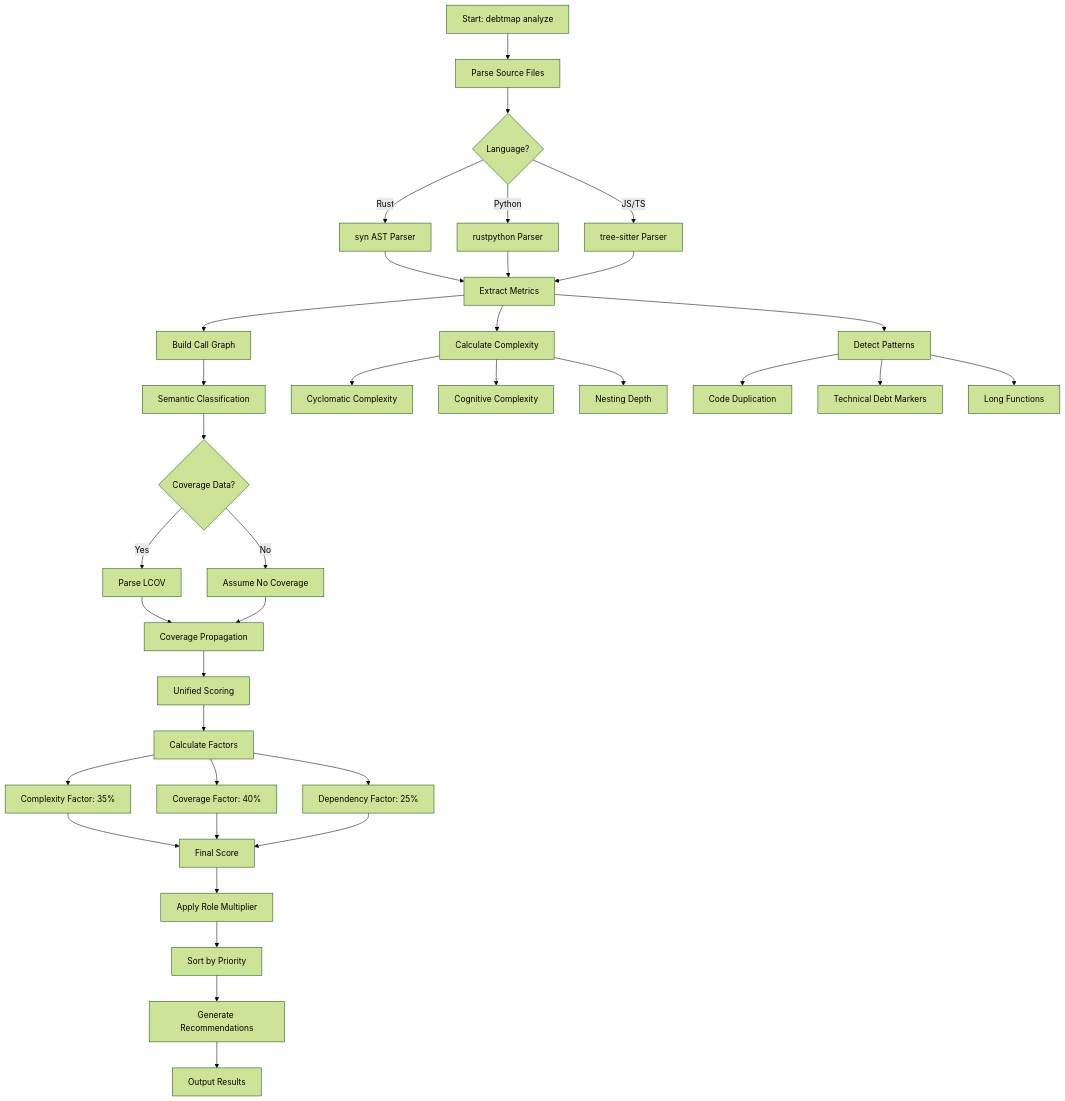
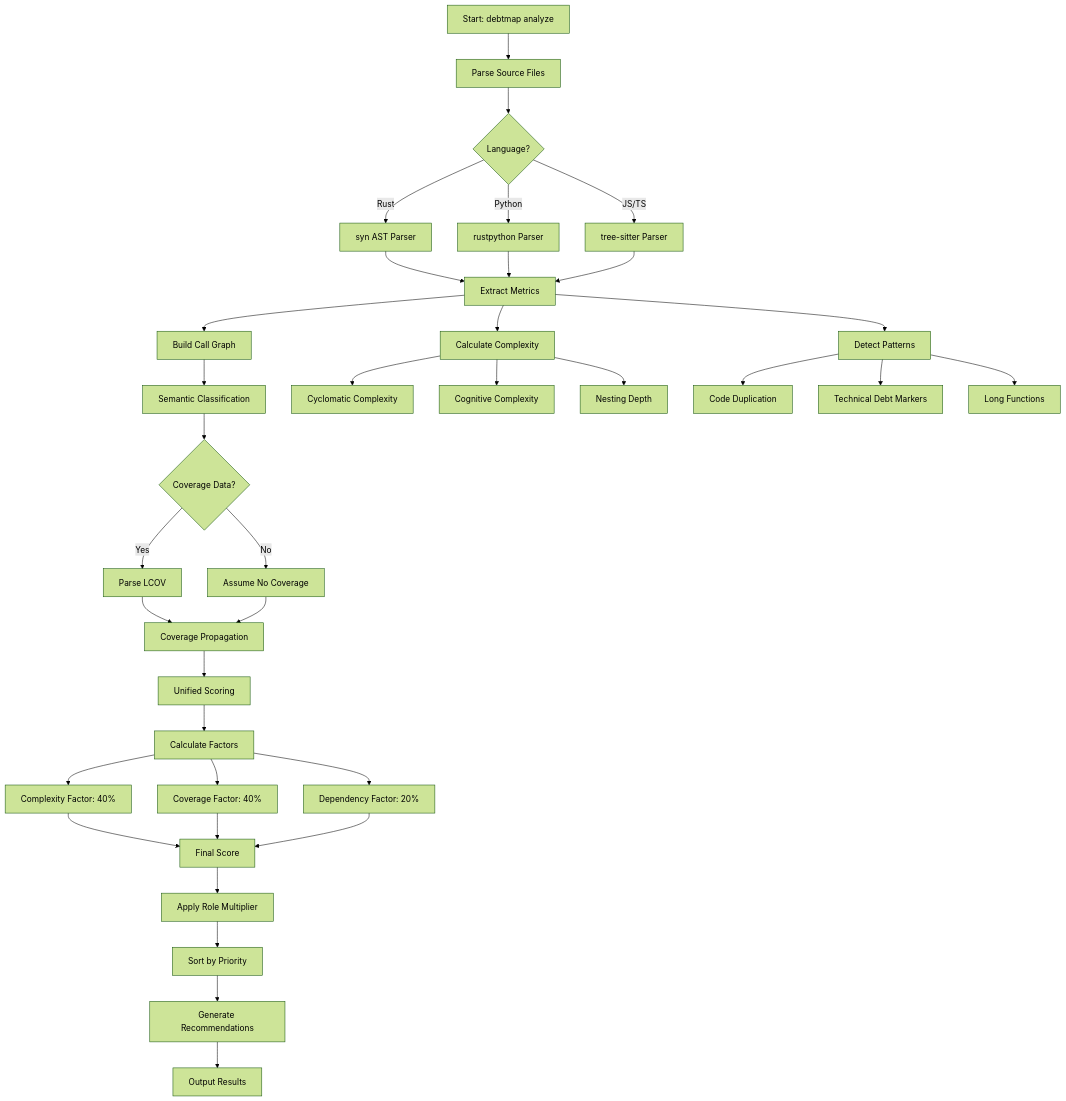
The diagram in README.md (iepathos/debtmap), drawn with Mermaid (forest theme) before and after one commit. The commit also changed other lines of this file and 1 other file, not shown here.

````diff
--- a/README.md
+++ b/README.md
@@ -457,49 +457,49 @@
 ```mermaid
 graph TD
     A[Start: debtmap analyze] --> B[Parse Source Files]
     B --> C{Language?}
     
     C -->|Rust| D[syn AST Parser]
     C -->|Python| E[rustpython Parser]
     C -->|JS/TS| F[tree-sitter Parser]
     
     D --> G[Extract Metrics]
     E --> G
     F --> G
     
     G --> H[Build Call Graph]
     H --> I[Semantic Classification]
     
     G --> J[Calculate Complexity]
     J --> K[Cyclomatic Complexity]
     J --> L[Cognitive Complexity]
     J --> M[Nesting Depth]
     
     G --> N[Detect Patterns]
     N --> O[Code Duplication]
     N --> P[Technical Debt Markers]
     N --> Q[Long Functions]
     
     I --> R{Coverage Data?}
     R -->|Yes| S[Parse LCOV]
     R -->|No| T[Assume No Coverage]
     
     S --> U[Coverage Propagation]
     T --> U
     
     U --> V[Unified Scoring]
     V --> W[Calculate Factors]
     
-    W --> X[Complexity Factor: 35%]
+    W --> X[Complexity Factor: 40%]
     W --> Y[Coverage Factor: 40%]
-    W --> Z[Dependency Factor: 25%]
+    W --> Z[Dependency Factor: 20%]
     
     X --> AB[Final Score]
     Y --> AB
     Z --> AB
     
     AB --> AC[Apply Role Multiplier]
     AC --> AD[Sort by Priority]
     AD --> AE[Generate Recommendations]
     AE --> AF[Output Results]
 ```
````
